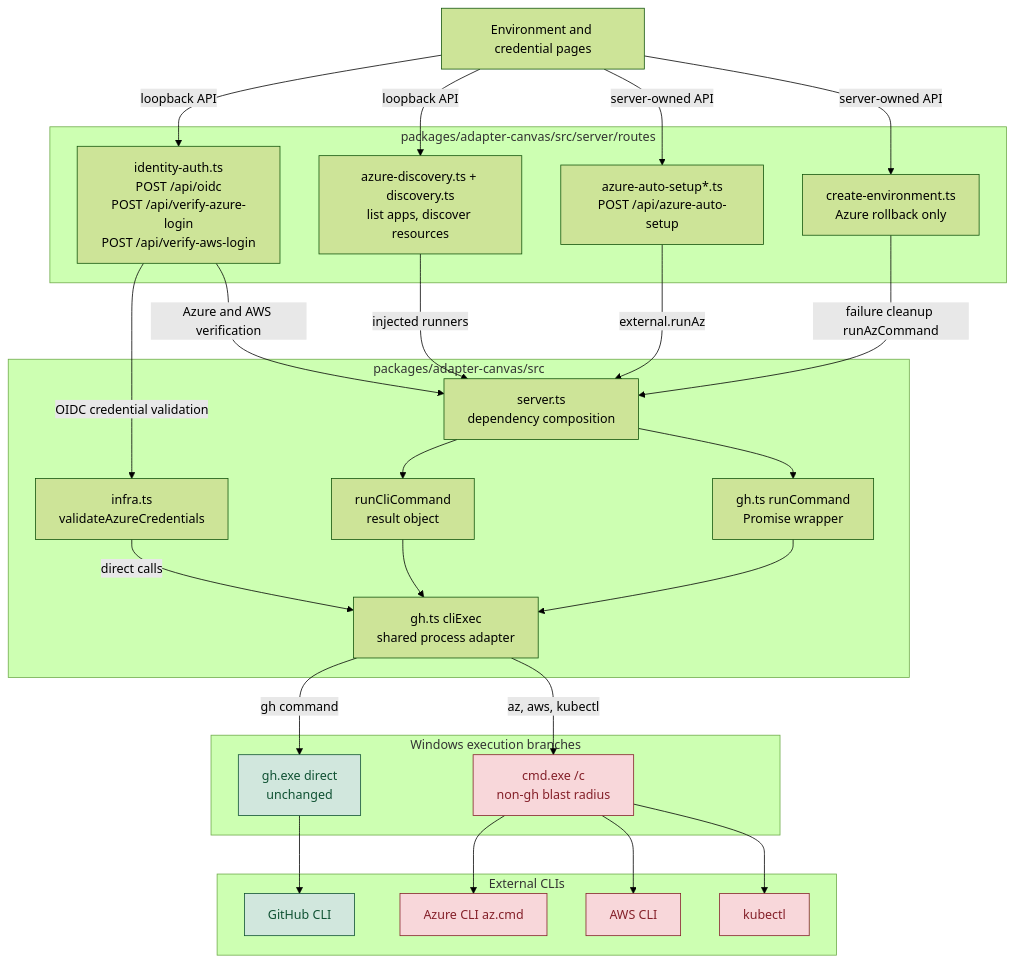
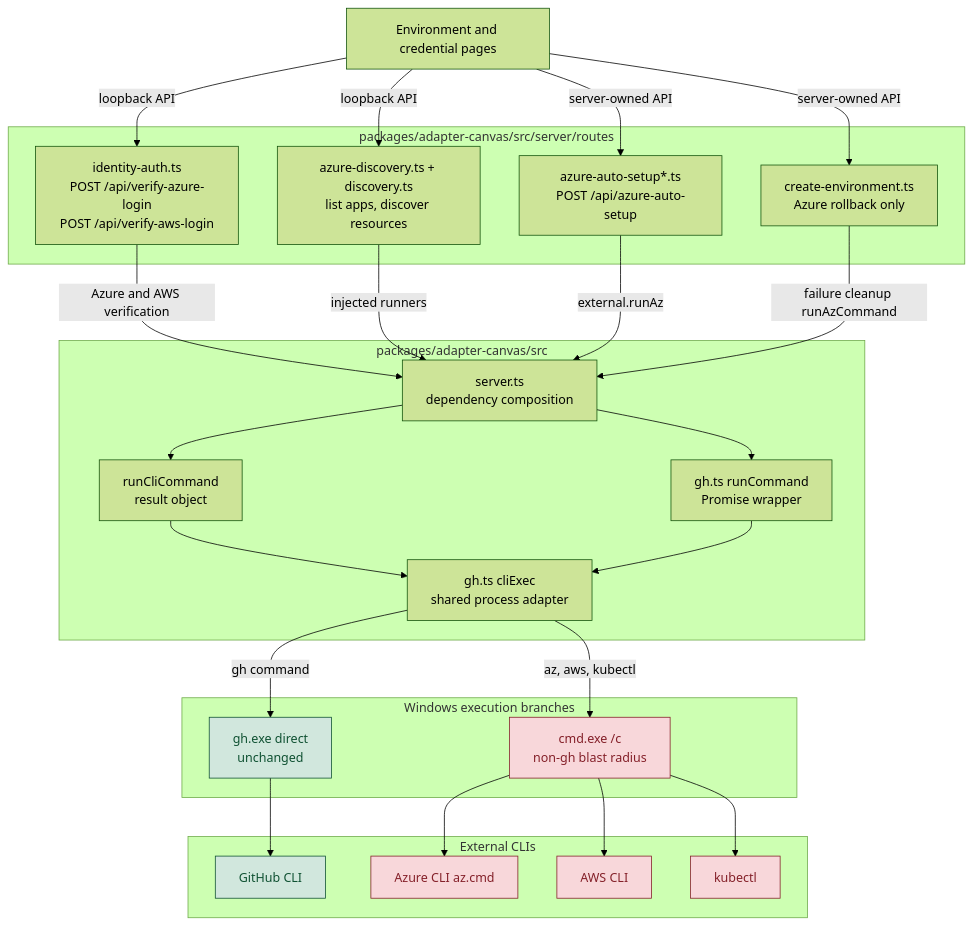
One commit to radius-project/ai-extensions changed the first of 3 diagrams in docs/architecture/windows-cli-process-paths.md. Above: the diagram before and after it, drawn with Mermaid (forest theme). The commit also changed other lines of this file and 19 other files, not shown here.

````diff
--- a/docs/architecture/windows-cli-process-paths.md
+++ b/docs/architecture/windows-cli-process-paths.md
@@ -5,60 +5,57 @@
 ```mermaid
 graph TD
     Pages["Environment and credential pages"]
 
     subgraph Routes["packages/adapter-canvas/src/server/routes"]
-        Identity["identity-auth.ts<br/>POST /api/oidc<br/>POST /api/verify-azure-login<br/>POST /api/verify-aws-login"]
+        Identity["identity-auth.ts<br/>POST /api/verify-azure-login<br/>POST /api/verify-aws-login"]
         Discovery["azure-discovery.ts + discovery.ts<br/>list apps, discover resources"]
         AutoSetup["azure-auto-setup*.ts<br/>POST /api/azure-auto-setup"]
         CreateEnv["create-environment.ts<br/>Azure rollback only"]
     end
 
     subgraph Composition["packages/adapter-canvas/src"]
         Server["server.ts<br/>dependency composition"]
-        Infra["infra.ts<br/>validateAzureCredentials"]
         RunCli["runCliCommand<br/>result object"]
         RunCommand["gh.ts runCommand<br/>Promise wrapper"]
         CliExec["gh.ts cliExec<br/>shared process adapter"]
     end
 
     subgraph Windows["Windows execution branches"]
         GhExe["gh.exe direct<br/>unchanged"]
         Cmd["cmd.exe /c<br/>non-gh blast radius"]
     end
 
     subgraph External["External CLIs"]
         Gh["GitHub CLI"]
         Az["Azure CLI az.cmd"]
         Aws["AWS CLI"]
         Kubectl["kubectl"]
     end
 
     Pages -->|loopback API| Identity
     Pages -->|loopback API| Discovery
     Pages -->|server-owned API| AutoSetup
     Pages -->|server-owned API| CreateEnv
 
-    Identity -->|OIDC credential validation| Infra
     Identity -->|Azure and AWS verification| Server
     Discovery -->|injected runners| Server
     AutoSetup -->|external.runAz| Server
     CreateEnv -->|failure cleanup runAzCommand| Server
 
-    Infra -->|direct calls| CliExec
     Server --> RunCli
     Server --> RunCommand
     RunCli --> CliExec
     RunCommand --> CliExec
 
     CliExec -->|gh command| GhExe
     CliExec -->|az, aws, kubectl| Cmd
     GhExe --> Gh
     Cmd --> Az
     Cmd --> Aws
     Cmd --> Kubectl
 
     classDef affected fill:#f8d7da,stroke:#842029,color:#842029;
     classDef unchanged fill:#d1e7dd,stroke:#0f5132,color:#0f5132;
     class Cmd,Az,Aws,Kubectl affected;
     class GhExe,Gh unchanged;
 ```
````
